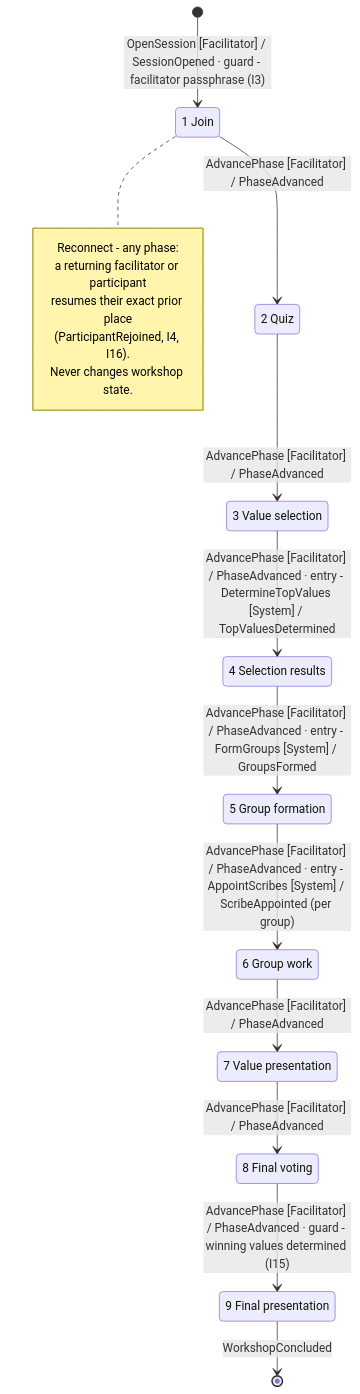
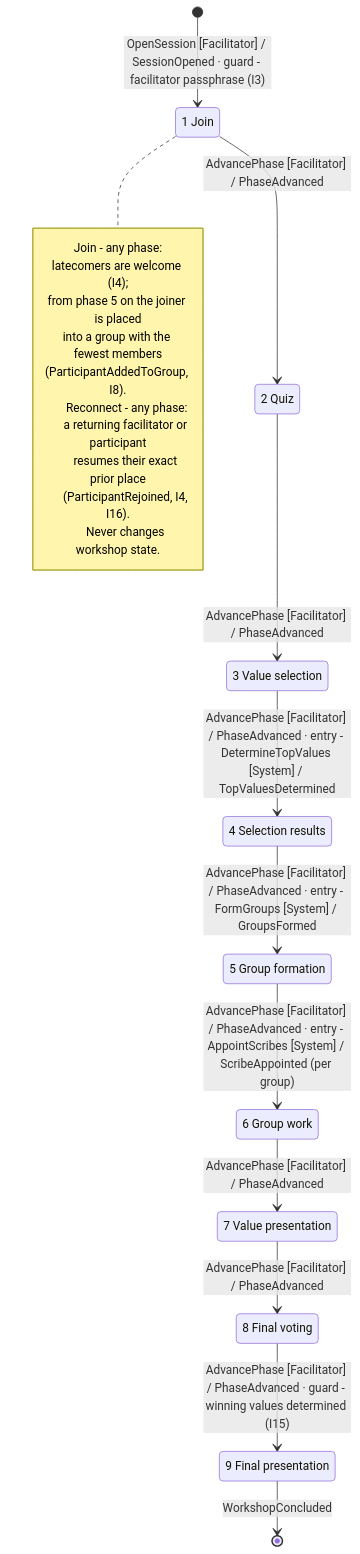
The first of 6 diagrams in design/state-machine.md (JakobKrummeich/ValuesWorkshop), drawn with Mermaid before and after one commit. The commit also changed other lines of this file and 3 other files, not shown here.

Commit message:
docs: allow late joining in any phase; latecomers auto-placed into smallest group (option C)

````diff
--- a/design/state-machine.md
+++ b/design/state-machine.md
@@ -21,31 +21,37 @@
 ```mermaid
 stateDiagram-v2
     state "1 Join" as P1
     state "2 Quiz" as P2
     state "3 Value selection" as P3
     state "4 Selection results" as P4
     state "5 Group formation" as P5
     state "6 Group work" as P6
     state "7 Value presentation" as P7
     state "8 Final voting" as P8
     state "9 Final presentation" as P9
 
     [*] --> P1 : OpenSession [Facilitator] / SessionOpened · guard - facilitator passphrase (I3)
     P1 --> P2 : AdvancePhase [Facilitator] / PhaseAdvanced
     P2 --> P3 : AdvancePhase [Facilitator] / PhaseAdvanced
     P3 --> P4 : AdvancePhase [Facilitator] / PhaseAdvanced · entry - DetermineTopValues [System] / TopValuesDetermined
     P4 --> P5 : AdvancePhase [Facilitator] / PhaseAdvanced · entry - FormGroups [System] / GroupsFormed
     P5 --> P6 : AdvancePhase [Facilitator] / PhaseAdvanced · entry - AppointScribes [System] / ScribeAppointed (per group)
     P6 --> P7 : AdvancePhase [Facilitator] / PhaseAdvanced
     P7 --> P8 : AdvancePhase [Facilitator] / PhaseAdvanced
     P8 --> P9 : AdvancePhase [Facilitator] / PhaseAdvanced · guard - winning values determined (I15)
     P9 --> [*] : WorkshopConcluded
 
     note right of P1
+      Join - any phase:
+      latecomers are welcome (I4);
+      from phase 5 on the joiner is placed
+      into a group with the fewest members
+      (ParticipantAddedToGroup, I8).
+
       Reconnect - any phase:
       a returning facilitator or participant
       resumes their exact prior place
       (ParticipantRejoined, I4, I16).
       Never changes workshop state.
     end note
 ```
````
